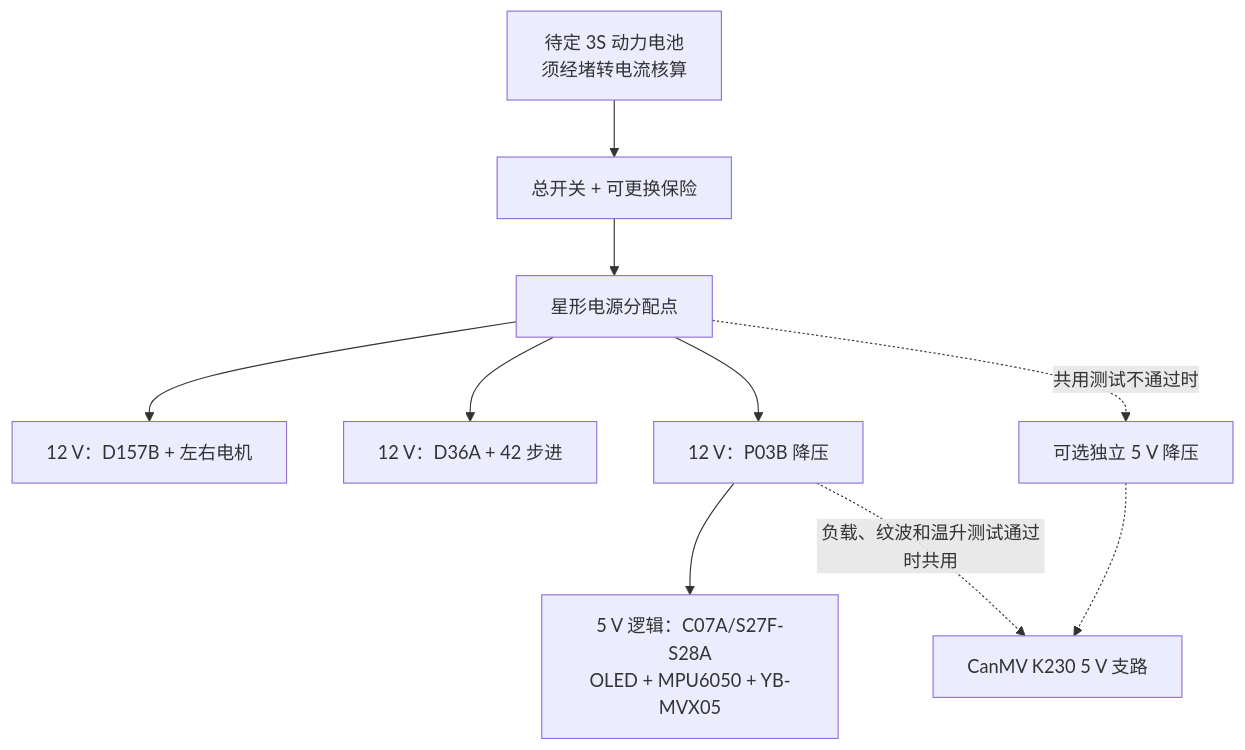
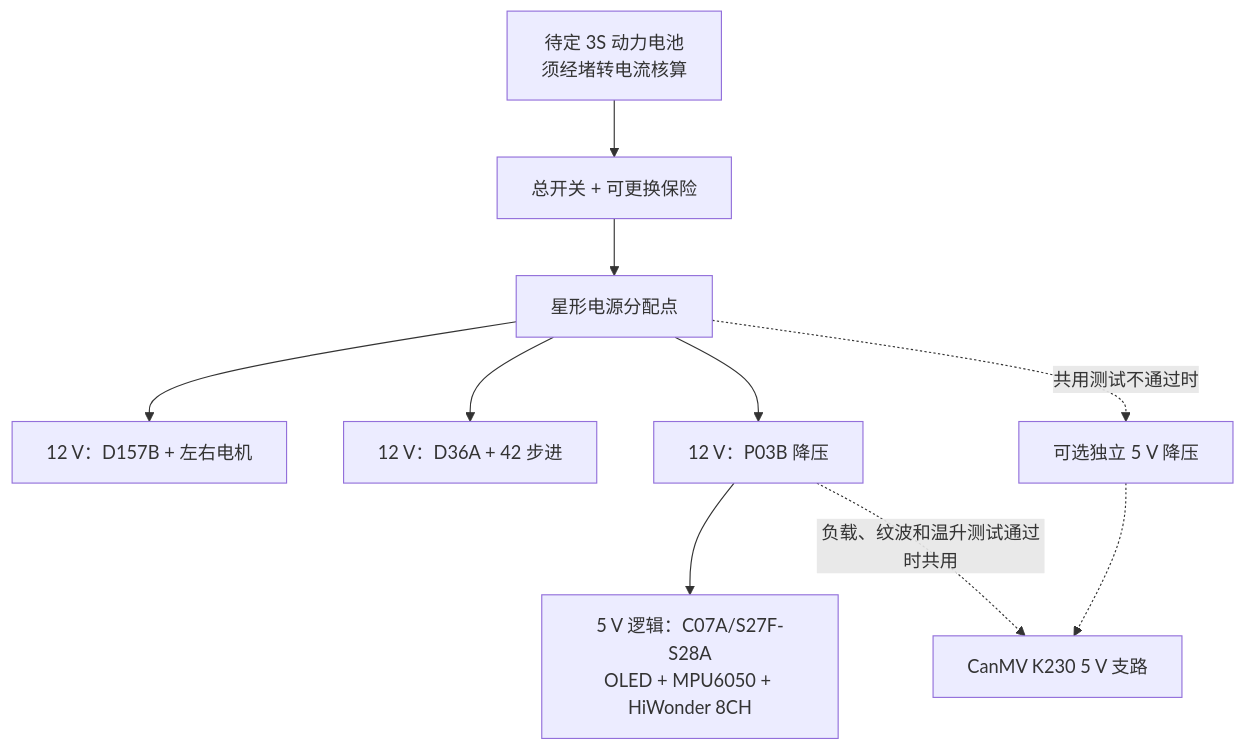
The second of 2 diagrams in NUEDC2026_Car/docs/H2026_ARCHITECTURE.md (Cris7z/ElectronicDesignContest2026), drawn with Mermaid before and after one commit. The commit also changed other lines of this file and 10 other files, not shown here.

````diff
--- a/NUEDC2026_Car/docs/H2026_ARCHITECTURE.md
+++ b/NUEDC2026_Car/docs/H2026_ARCHITECTURE.md
@@ -232,12 +242,12 @@
 ```mermaid
 flowchart TD
     BAT["待定 3S 动力电池\n须经堵转电流核算"] --> SW["总开关 + 可更换保险"]
     SW --> PD["星形电源分配点"]
     PD --> D157["12 V：D157B + 左右电机"]
     PD --> D36["12 V：D36A + 42 步进"]
     PD --> P03["12 V：P03B 降压"]
-    P03 --> LOGIC["5 V 逻辑：C07A/S27F-S28A\nOLED + MPU6050 + YB-MVX05"]
+    P03 --> LOGIC["5 V 逻辑：C07A/S27F-S28A\nOLED + MPU6050 + HiWonder 8CH"]
     P03 -.->|"负载、纹波和温升测试通过时共用"| K["CanMV K230 5 V 支路"]
     PD -.->|"共用测试不通过时"| B5K["可选独立 5 V 降压"]
     B5K -.-> K
 ```
````
